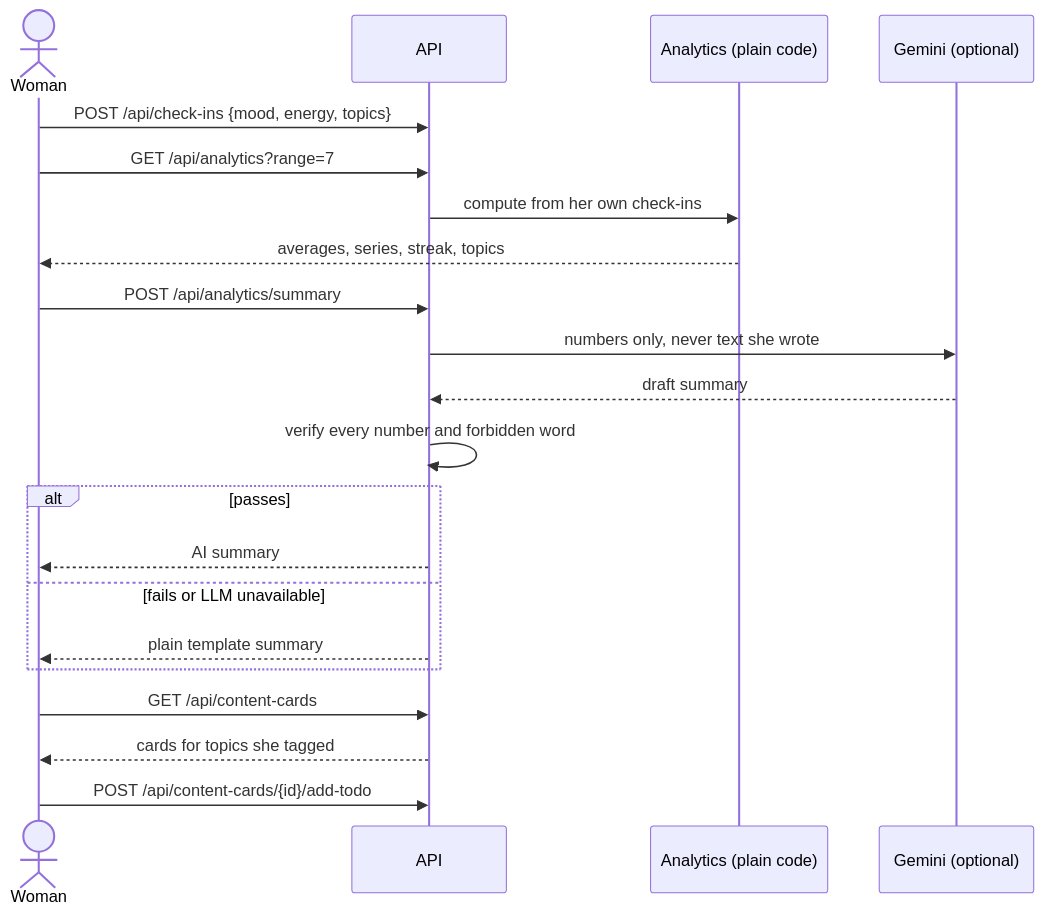
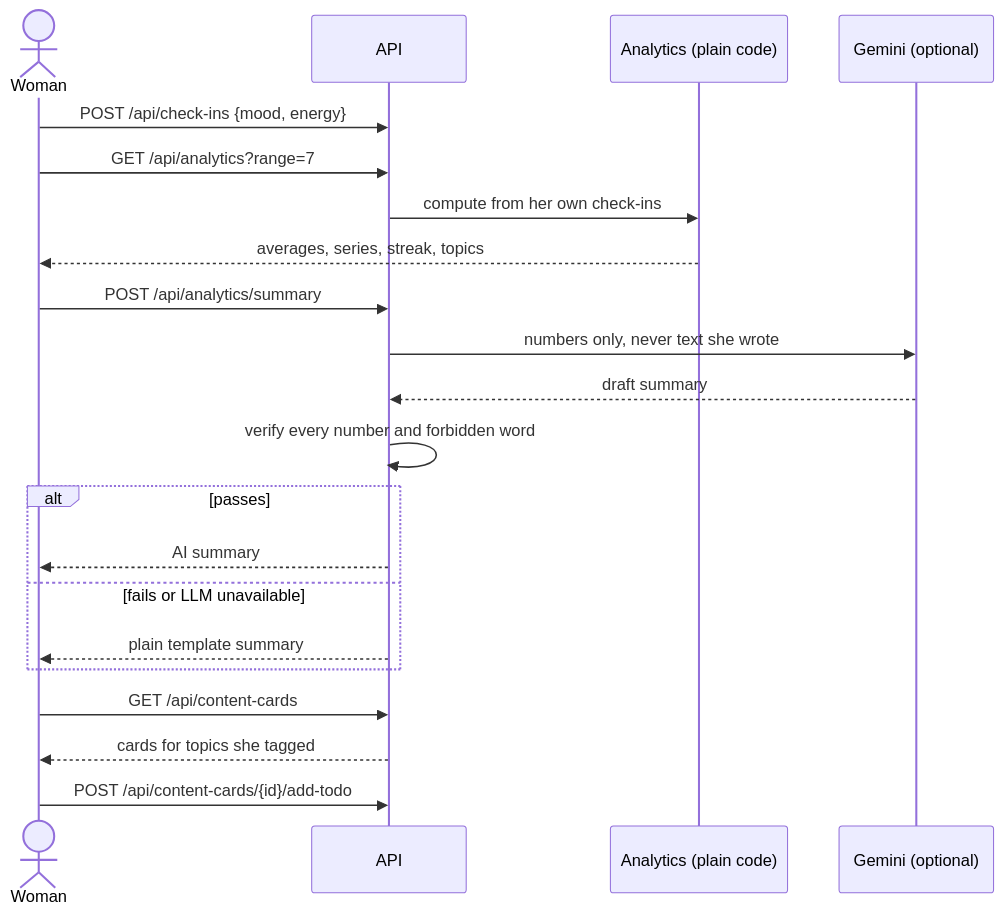
The ninth of 10 diagrams in README.md (meriemchebab/Rahati), drawn with Mermaid before and after one commit. The commit also changed other lines of this file, not shown here.

````diff
--- a/README.md
+++ b/README.md
@@ -295,23 +294,23 @@
 ```mermaid
 sequenceDiagram
   actor Woman
   participant API
   participant Stats as Analytics (plain code)
   participant LLM as Gemini (optional)
-  Woman->>API: POST /api/check-ins {mood, energy, topics}
+  Woman->>API: POST /api/check-ins {mood, energy}
   Woman->>API: GET /api/analytics?range=7
   API->>Stats: compute from her own check-ins
   Stats-->>Woman: averages, series, streak, topics
   Woman->>API: POST /api/analytics/summary
   API->>LLM: numbers only, never text she wrote
   LLM-->>API: draft summary
   API->>API: verify every number and forbidden word
   alt passes
     API-->>Woman: AI summary
   else fails or LLM unavailable
     API-->>Woman: plain template summary
   end
   Woman->>API: GET /api/content-cards
   API-->>Woman: cards for topics she tagged
   Woman->>API: POST /api/content-cards/{id}/add-todo
 ```
````
